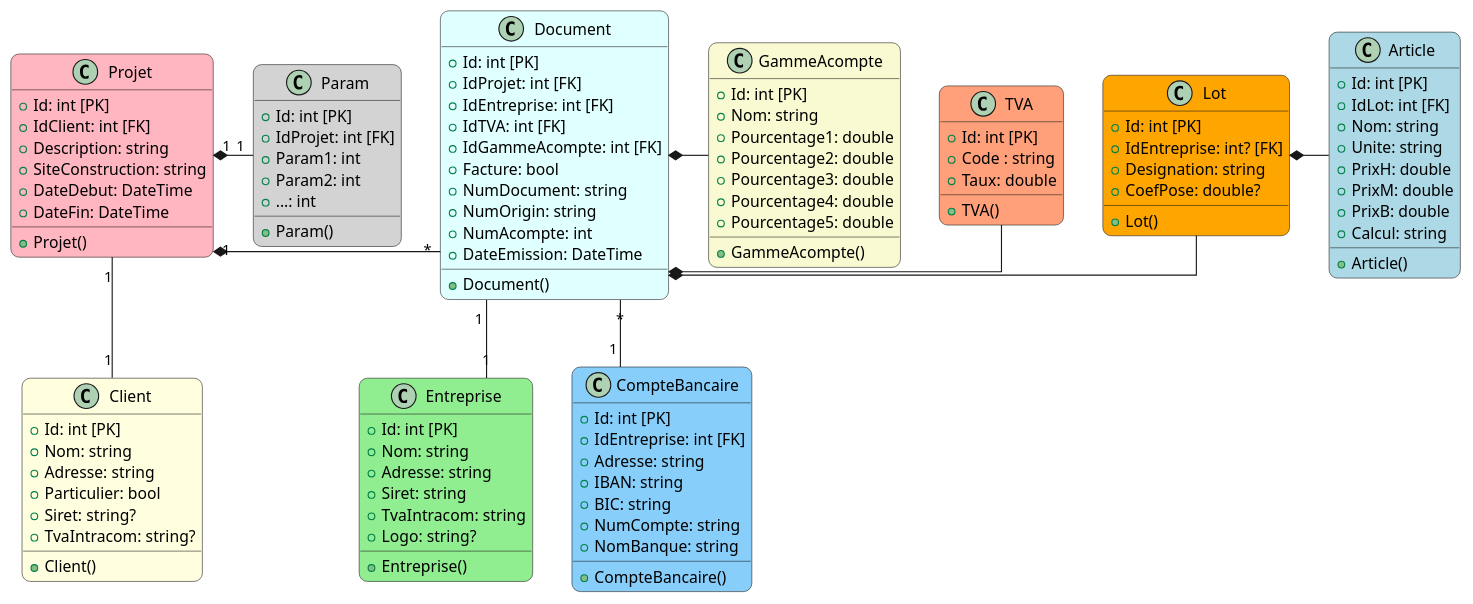
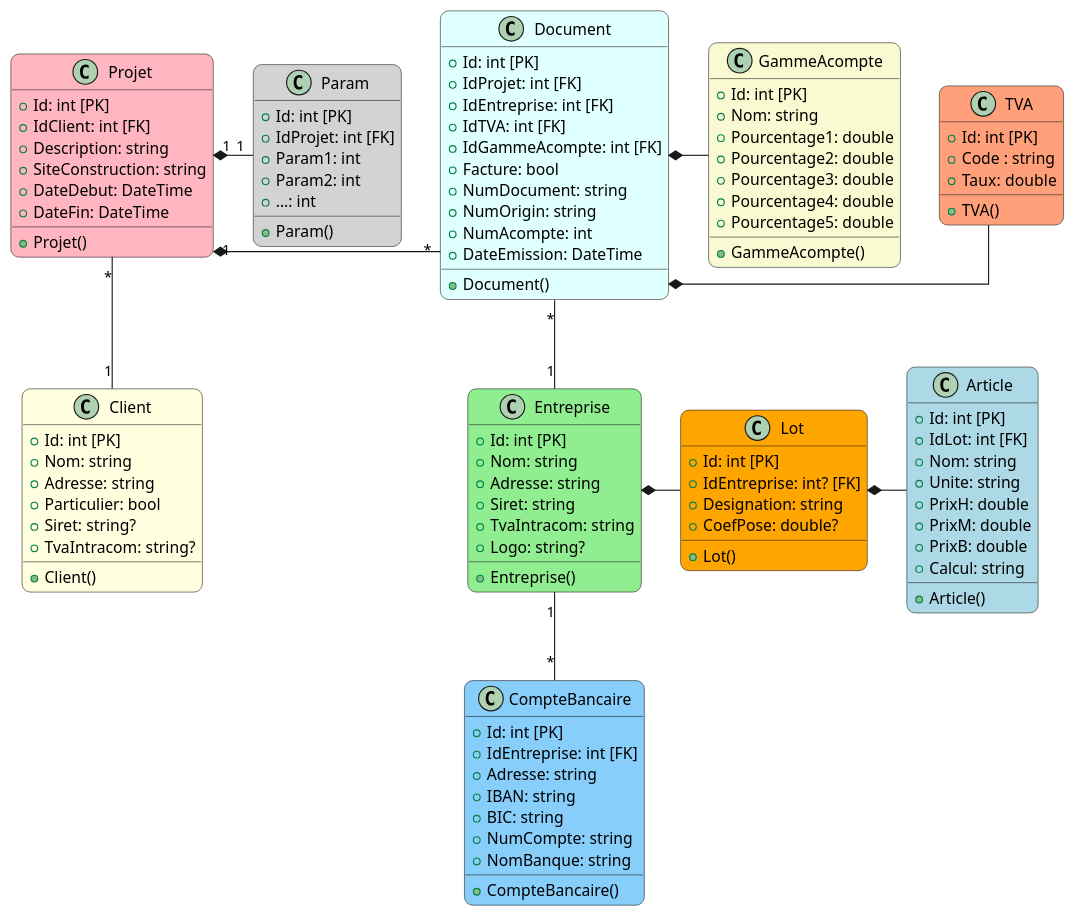
One commit to gmobetie/P2i_BHBq changed the diagram in BHBq/BHBq.puml. Above: the diagram before and after it, drawn with PlantUML. The commit also changed 14 other files, not shown here.

```diff
--- a/BHBq/BHBq.puml
+++ b/BHBq/BHBq.puml
@@ -1,141 +1,141 @@
 @startuml BHBq_Diagram
 
 skinparam defaultFontName Arial
 skinparam linetype ortho
 skinparam linewidth 2
 skinparam roundcorner 15
 
 ' Classe représentant un article qui apparaitra comme une ligne sur le devis
 class Article #lightblue {
   + Id: int [PK]
   + IdLot: int [FK]
   + Nom: string
   + Unite: string
   + PrixH: double
   + PrixM: double
   + PrixB: double
   + Calcul: string
 
   + Article()
 }
 
 ' Classe représentant un client du Groupe BHB
 class Client #lightyellow {
   + Id: int [PK]
   + Nom: string
   + Adresse: string
   + Particulier: bool
   + Siret: string?
   + TvaIntracom: string?
 
   + Client()
 }
 
 ' Classe représentant une entreprise du groupe BHB
 class Entreprise #lightgreen {
   + Id: int [PK]
   + Nom: string
   + Adresse: string
   + Siret: string
   + TvaIntracom: string
   + Logo: string?
 
   + Entreprise()
 }
 
 ' Classe représentant un lot (ensemble d'articles)
 class Lot #orange {
 
   + Id: int [PK]
   + IdEntreprise: int? [FK]
   + Designation: string
   + CoefPose: double?
 
   + Lot()
 }
 
 ' Classe représentant un projet, qui regroupe les informations relatives à un projet
 class Projet #lightpink {
   + Id: int [PK]
   + IdClient: int [FK]
   + Description: string
   + SiteConstruction: string
   + DateDebut: DateTime
   + DateFin: DateTime
 
   + Projet()
 }
 
 ' Classe représentant l'ensemble des paramètres modélisation une ou plusieurs constructions
 class Param #lightgrey {
   + Id: int [PK]
   + IdProjet: int [FK]
   + Param1: int
   + Param2: int
   + ...: int
 
   + Param()
 }
 
 ' Classe représentant un document type Facture, Devis, Acompte, Avenant, etc.
 class Document #lightcyan {
 
   + Id: int [PK]
   + IdProjet: int [FK]
   + IdEntreprise: int [FK]
   + IdTVA: int [FK]
   + IdGammeAcompte: int [FK]
   + Facture: bool
   + NumDocument: string
   + NumOrigin: string
   + NumAcompte: int
   + DateEmission: DateTime
 
 
   + Document()
 }
 
 class TVA #LightSalmon {
   + Id: int [PK]
   + Code : string
   + Taux: double
 
   + TVA()
 }
 
 class GammeAcompte #LightGoldenRodYellow {
   + Id: int [PK]
   + Nom: string
   + Pourcentage1: double
   + Pourcentage2: double
   + Pourcentage3: double
   + Pourcentage4: double
   + Pourcentage5: double
 
   + GammeAcompte()
 }
 
 class CompteBancaire #LightSkyBlue {
   + Id: int [PK]
   + IdEntreprise: int [FK]
   + Adresse: string
   + IBAN: string
   + BIC: string
   + NumCompte: string
   + NomBanque: string
 
   + CompteBancaire()
 }
 
 ' Relations entre les classes
-Projet "1" -- "1" Client
+Projet "*" -- "1" Client
 Projet "1" *- "*" Document
 Projet "1" *- "1" Param
-Document *- Lot
+Entreprise *- Lot
 Lot *- Article
-Document "1" -- "1" Entreprise
+Document "*" -- "1" Entreprise
 Document *- TVA
 Document *- GammeAcompte
-Document "*" -- "1" CompteBancaire
+Entreprise "1" -- "*" CompteBancaire
 
 @enduml
```
